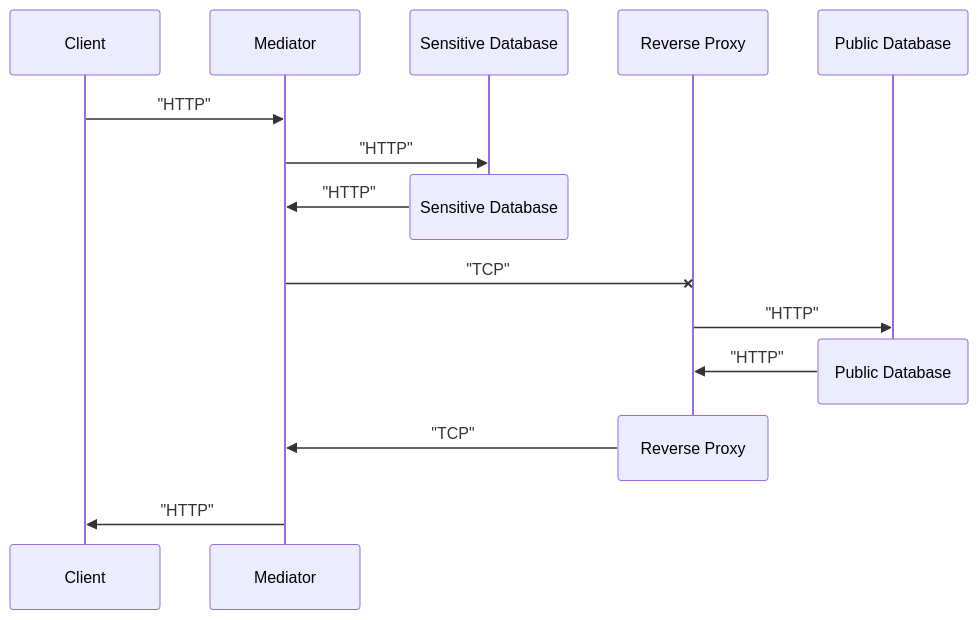
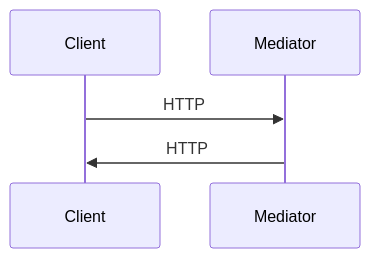
The second of 2 diagrams in README.md (SHerlihy/service-architecture-project), drawn with Mermaid before and after one commit.

Commit message:
test quotes needed

````diff
--- a/README.md
+++ b/README.md
@@ -38,22 +38,8 @@
 ```mermaid
 sequenceDiagram
     participant cli as Client
     participant med as Mediator
-    cli->>med: "HTTP"
+    cli->>med: HTTP
 
-    participant sens as Sensitive Database
-    med->>sens: "HTTP"
-    destroy sens
-    sens->>med: "HTTP"
-
-    participant rev as Reverse Proxy
-    med-xrev: "TCP"
-    participant pub as Public Database
-    rev->>pub: "HTTP"
-    destroy pub
-    pub->>rev:"HTTP"
-    destroy rev
-    rev->>med:"TCP"
-
-    med->>cli: "HTTP"
+    med->>cli: HTTP
 ```
````
